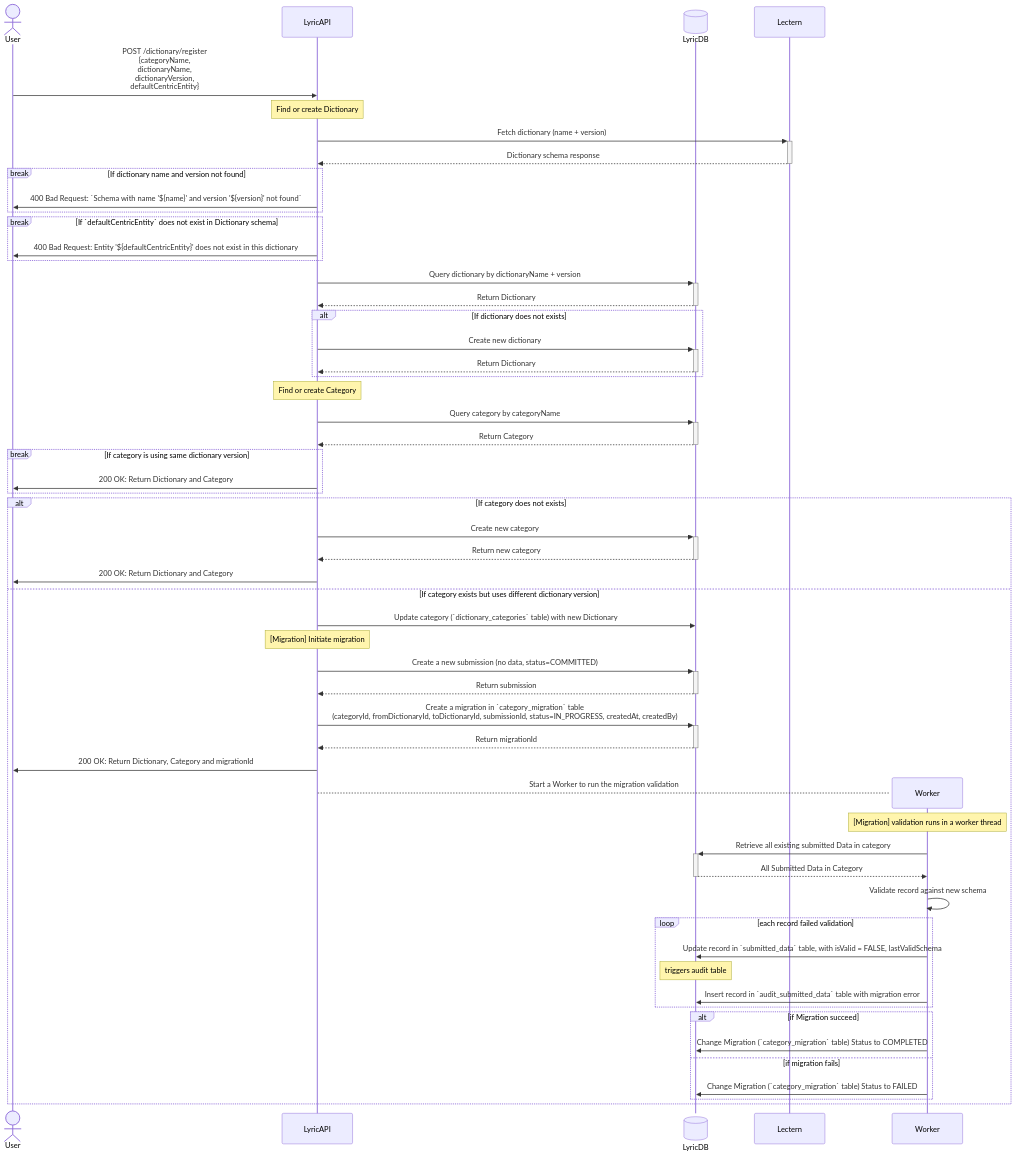
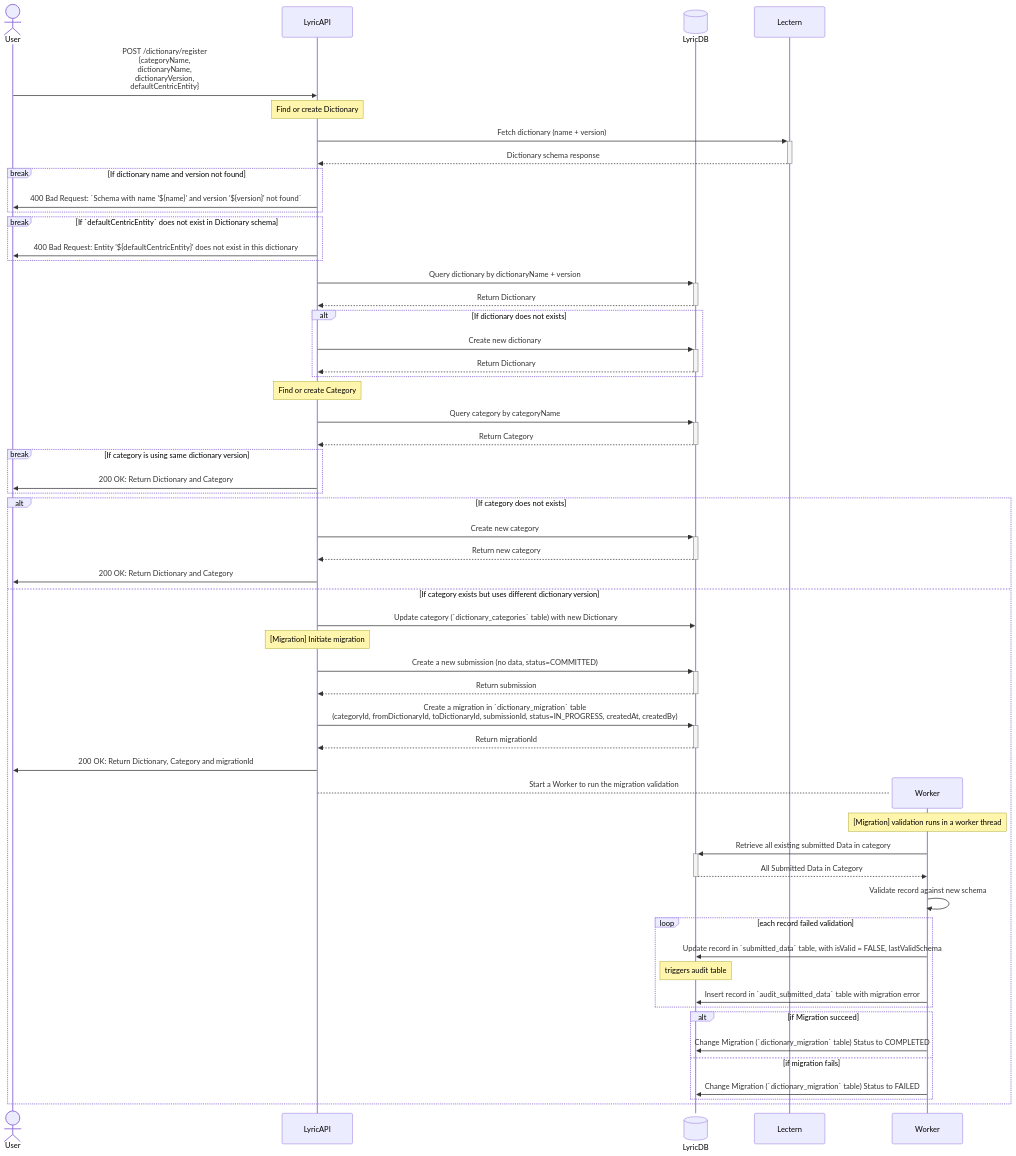
One commit to overture-stack/lyric changed the diagram in packages/data-provider/docs/dictionary-registration.md. Above: the diagram before and after it, drawn with Mermaid. The commit also changed 93 other files, not shown here.

First line of the commit message:
#171: Refactor Submission Record data access layer for new schema (#209)

````diff
--- a/packages/data-provider/docs/dictionary-registration.md
+++ b/packages/data-provider/docs/dictionary-registration.md
@@ -36,68 +36,68 @@
 ```mermaid
 sequenceDiagram
     actor User
     participant LyricAPI
     participant LyricDB@{ "type" : "database" }
     participant Lectern
 
     User->>LyricAPI: POST /dictionary/register <br />{categoryName, <br />dictionaryName, <br />dictionaryVersion, <br />defaultCentricEntity}
     Note over LyricAPI: Find or create Dictionary
     LyricAPI->>+Lectern: Fetch dictionary (name + version)
     Lectern-->>-LyricAPI: Dictionary schema response
     break If dictionary name and version not found
         LyricAPI->>User: 400 Bad Request: `Schema with name '${name}' and version '${version}' not found`
     end
     break If `defaultCentricEntity` does not exist in Dictionary schema
         LyricAPI->>User: 400 Bad Request: Entity '${defaultCentricEntity}' does not exist in this dictionary
     end
     LyricAPI->>+LyricDB: Query dictionary by dictionaryName + version
     LyricDB-->>-LyricAPI: Return Dictionary
     alt If dictionary does not exists
         LyricAPI->>+LyricDB: Create new dictionary
         LyricDB-->>-LyricAPI: Return Dictionary
     end
 
     Note over LyricAPI: Find or create Category
     LyricAPI->>+LyricDB: Query category by categoryName
     LyricDB-->>-LyricAPI: Return Category
     break If category is using same dictionary version
         %% Nothing to do here
         LyricAPI->>User: 200 OK: Return Dictionary and Category
     end
 
     alt If category does not exists
         LyricAPI->>+LyricDB: Create new category
         LyricDB-->>-LyricAPI: Return new category
 
         LyricAPI->>User: 200 OK: Return Dictionary and Category
     else If category exists but uses different dictionary version
         LyricAPI->>LyricDB: Update category (`dictionary_categories` table) with new Dictionary
 
         note over LyricAPI: [Migration] Initiate migration
         LyricAPI->>+LyricDB: Create a new submission (no data, status=COMMITTED)
         LyricDB-->>-LyricAPI: Return submission
-        LyricAPI->>+LyricDB: Create a migration in `category_migration` table<br />(categoryId, fromDictionaryId, toDictionaryId, submissionId, status=IN_PROGRESS, createdAt, createdBy)
+        LyricAPI->>+LyricDB: Create a migration in `dictionary_migration` table<br />(categoryId, fromDictionaryId, toDictionaryId, submissionId, status=IN_PROGRESS, createdAt, createdBy)
         LyricDB-->>-LyricAPI: Return migrationId
 
         LyricAPI->>User: 200 OK: Return Dictionary, Category and migrationId
 
         create participant Worker
         LyricAPI-->Worker: Start a Worker to run the migration validation
         note over Worker: [Migration] validation runs in a worker thread
         Worker->>+LyricDB: Retrieve all existing submitted Data in category
         LyricDB-->>-Worker: All Submitted Data in Category
         Worker->>Worker: Validate record against new schema
 
         loop each record failed validation
             Worker->>LyricDB: Update record in `submitted_data` table, with isValid = FALSE, lastValidSchema
             note over LyricDB: triggers audit table
             Worker->>LyricDB: Insert record in `audit_submitted_data` table with migration error
         end
 
         alt if Migration succeed
-            Worker->>LyricDB: Change Migration (`category_migration` table) Status to COMPLETED
+            Worker->>LyricDB: Change Migration (`dictionary_migration` table) Status to COMPLETED
         else if migration fails
-            Worker->>LyricDB: Change Migration (`category_migration` table) Status to FAILED
+            Worker->>LyricDB: Change Migration (`dictionary_migration` table) Status to FAILED
         end
     end
 ```
````
